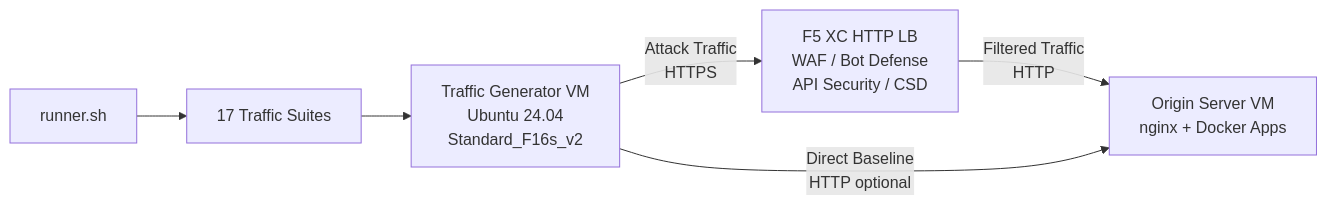
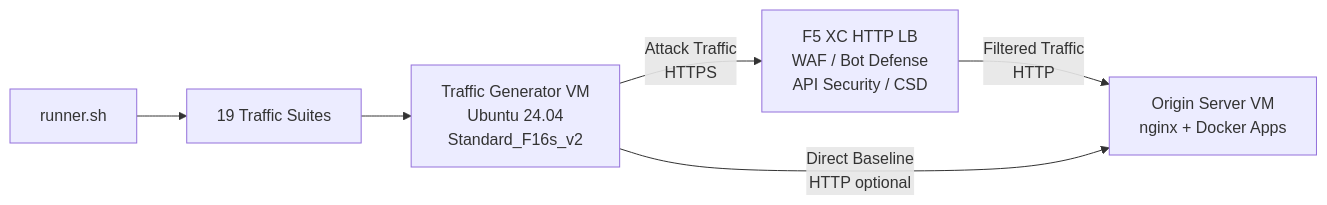
One commit to f5xc-salesdemos/traffic-generator changed the diagram in docs/01-architecture.mdx. Above: the diagram before and after it, drawn with Mermaid. The commit also changed other lines of this file and 16 other files, not shown here.

````diff
--- a/docs/01-architecture.mdx
+++ b/docs/01-architecture.mdx
@@ -22,8 +22,8 @@
 ```mermaid
 graph LR
     TG[Traffic Generator VM<br/>Ubuntu 24.04<br/>Standard_F16s_v2] -->|Attack Traffic<br/>HTTPS| XCHLB[F5 XC HTTP LB<br/>WAF / Bot Defense<br/>API Security / CSD]
     XCHLB -->|Filtered Traffic<br/>HTTP| ORIGIN[Origin Server VM<br/>nginx + Docker Apps]
     TG -->|Direct Baseline<br/>HTTP optional| ORIGIN
-    RUNNER[runner.sh] --> SUITES[17 Traffic Suites]
+    RUNNER[runner.sh] --> SUITES[19 Traffic Suites]
     SUITES --> TG
 ```
````
